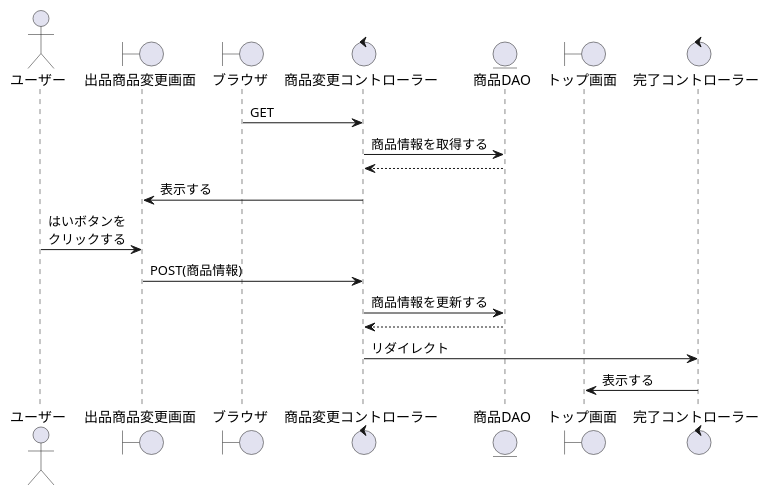
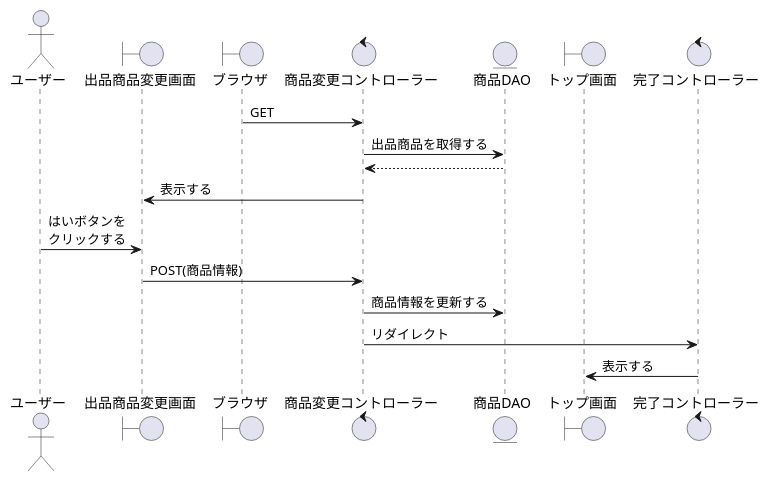
Before and after one commit to SK-B-S/PJ: the diagram in PJ_シーケンス/農家/出品商品変更.wsd, drawn with PlantUML. The commit also changed 27 other files, not shown here.

```diff
--- a/PJ_シーケンス/農家/出品商品変更.wsd
+++ b/PJ_シーケンス/農家/出品商品変更.wsd
@@ -1,23 +1,22 @@
 @startuml 出品商品を変更する
 
 actor    "ユーザー" as account
 boundary "出品商品変更画面" as cart_screen
 boundary "ブラウザ" as brz
 control  "商品変更コントローラー" as delete_c
 entity   "商品DAO" as syouhin_dao
 boundary "トップ画面" as Cart
 control  "完了コントローラー" as cart_c
 
 '--------------------------------------------------------------------------------------
 brz ->  delete_c : GET
-delete_c -> syouhin_dao : 商品情報を取得する
+delete_c -> syouhin_dao : 出品商品を取得する
 syouhin_dao --> delete_c
 cart_screen <-  delete_c : 表示する
 account ->  cart_screen : はいボタンを\nクリックする
 cart_screen -> delete_c : POST(商品情報)
 delete_c -> syouhin_dao : 商品情報を更新する
-delete_c <-- syouhin_dao
 delete_c -> cart_c : リダイレクト
 Cart <- cart_c : 表示する
 
 @enduml
```
